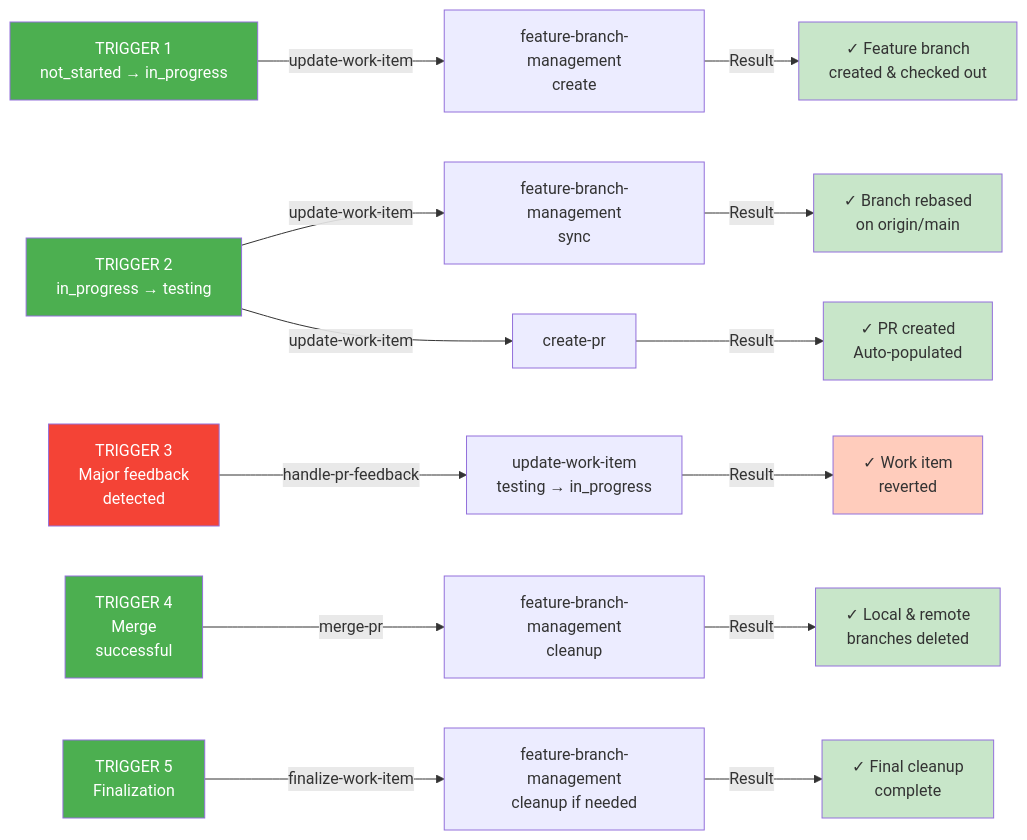
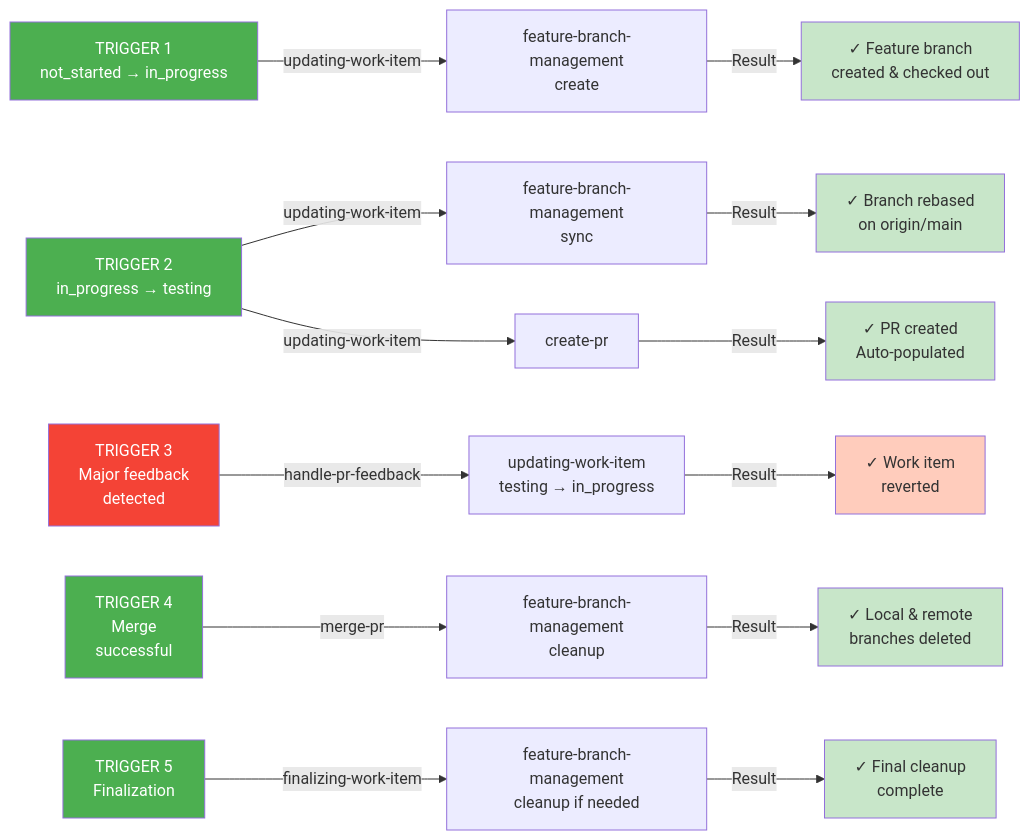
One commit to squirrel289/pax changed the third of 8 diagrams in docs/WORK_MANAGEMENT_INTEGRATION.md. Above: the diagram before and after it, drawn with Mermaid. The commit also changed other lines of this file and 29 other files, not shown here.

````diff
--- a/docs/WORK_MANAGEMENT_INTEGRATION.md
+++ b/docs/WORK_MANAGEMENT_INTEGRATION.md
@@ -475,31 +475,31 @@
 ```mermaid
 graph LR
-    T1["TRIGGER 1<br/>not_started → in_progress"] -->|"update-work-item"| B1["feature-branch-management<br/>create"]
+    T1["TRIGGER 1<br/>not_started → in_progress"] -->|"updating-work-item"| B1["feature-branch-management<br/>create"]
     B1 -->|"Result"| R1["✓ Feature branch<br/>created & checked out"]
-    
-    T2["TRIGGER 2<br/>in_progress → testing"] -->|"update-work-item"| B2["feature-branch-management<br/>sync"]
-    T2 -->|"update-work-item"| C1["create-pr"]
+
+    T2["TRIGGER 2<br/>in_progress → testing"] -->|"updating-work-item"| B2["feature-branch-management<br/>sync"]
+    T2 -->|"updating-work-item"| C1["create-pr"]
     B2 -->|"Result"| R2["✓ Branch rebased<br/>on origin/main"]
     C1 -->|"Result"| R2C["✓ PR created<br/>Auto-populated"]
-    
-    T3["TRIGGER 3<br/>Major feedback<br/>detected"] -->|"handle-pr-feedback"| U1["update-work-item<br/>testing → in_progress"]
+
+    T3["TRIGGER 3<br/>Major feedback<br/>detected"] -->|"handle-pr-feedback"| U1["updating-work-item<br/>testing → in_progress"]
     U1 -->|"Result"| R3["✓ Work item<br/>reverted"]
-    
+
     T4["TRIGGER 4<br/>Merge<br/>successful"] -->|"merge-pr"| C2["feature-branch-management<br/>cleanup"]
     C2 -->|"Result"| R4["✓ Local & remote<br/>branches deleted"]
-    
-    T5["TRIGGER 5<br/>Finalization"] -->|"finalize-work-item"| C3["feature-branch-management<br/>cleanup if needed"]
+
+    T5["TRIGGER 5<br/>Finalization"] -->|"finalizing-work-item"| C3["feature-branch-management<br/>cleanup if needed"]
     C3 -->|"Result"| R5["✓ Final cleanup<br/>complete"]
-    
+
     style T1 fill:#4caf50,color:#fff
     style T2 fill:#4caf50,color:#fff
     style T3 fill:#f44336,color:#fff
     style T4 fill:#4caf50,color:#fff
     style T5 fill:#4caf50,color:#fff
     style R1 fill:#c8e6c9
     style R2 fill:#c8e6c9
     style R2C fill:#c8e6c9
     style R3 fill:#ffccbc
     style R4 fill:#c8e6c9
     style R5 fill:#c8e6c9
 ```
````
